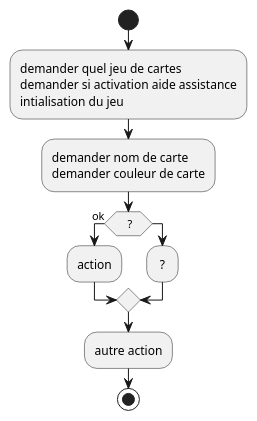
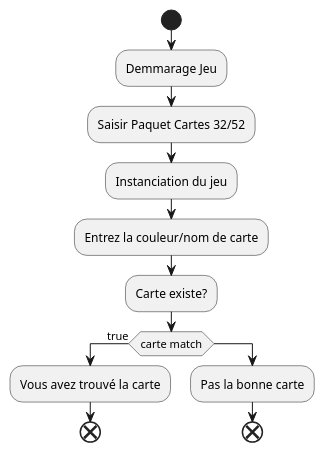
The first of 3 diagrams in untitled/README.adoc (AmirAK777/https---github.com-AmirAK777-devinelacarte), drawn with PlantUML before and after one commit. The commit also changed other lines of this file and 6 other files, not shown here.

```diff
--- a/untitled/README.adoc
+++ b/untitled/README.adoc
@@ -395,18 +40,21 @@
 [plantuml]
-----
+-----
 @startuml
 start
-:demander quel jeu de cartes
-demander si activation aide assistance
-intialisation du jeu;
-:demander nom de carte
-demander couleur de carte;
-if ( ?) equals (ok) then
- :action;
-else
-  : ? ;
-endif
-:autre action;
-stop
+:Demmarage Jeu;
+
+  :Saisir Paquet Cartes 32/52;
+
+:Instanciation du jeu;
+
+:Entrez la couleur/nom de carte;
+:Carte existe?;
+    if  (carte match) then (true)
+      :Vous avez trouvé la carte;
+      end
+    else
+      :Pas la bonne carte;
+end
+   endif
 @enduml
-----
+-----
```
